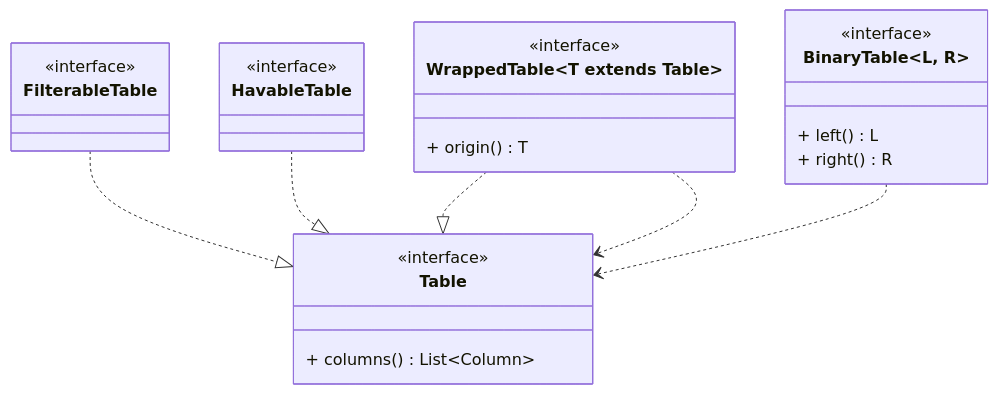
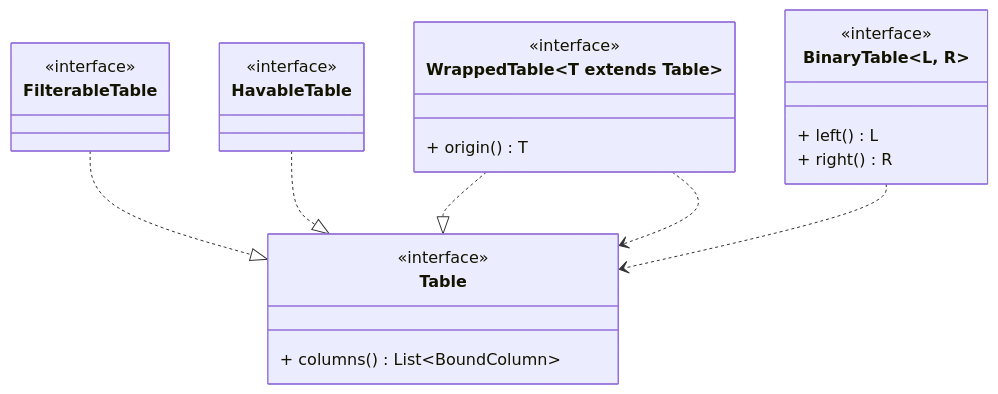
Before and after one commit to safarislava/querybricks: the first of 13 diagrams in docs/domain.md, drawn with Mermaid. The commit also changed 7 other files, not shown here.

Commit message:
refactor: Tables return bound columns

````diff
--- a/docs/domain.md
+++ b/docs/domain.md
@@ -5,31 +5,31 @@
 ```mermaid
 classDiagram
     class Table {
         <<interface>>
-        + columns() List~Column~
+        + columns() List~BoundColumn~
     }
 
     class FilterableTable {
         <<interface>>
     }
     FilterableTable ..|> Table
 
     class HavableTable {
         <<interface>>
     }
     HavableTable ..|> Table
 
     class WrappedTable~T extends Table~ {
         <<interface>>
         + origin() T
     }
     WrappedTable ..|> Table
     WrappedTable ..> Table
 
     class BinaryTable~L, R~ {
         <<interface>>
         + left() L
         + right() R
     }
     BinaryTable ..> Table
 ```
````
